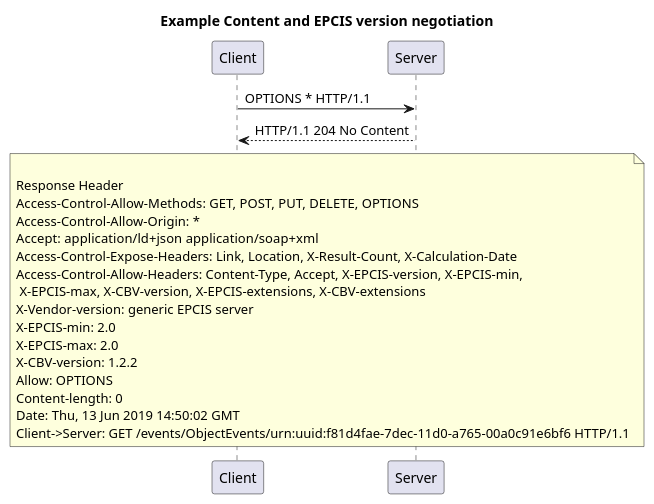
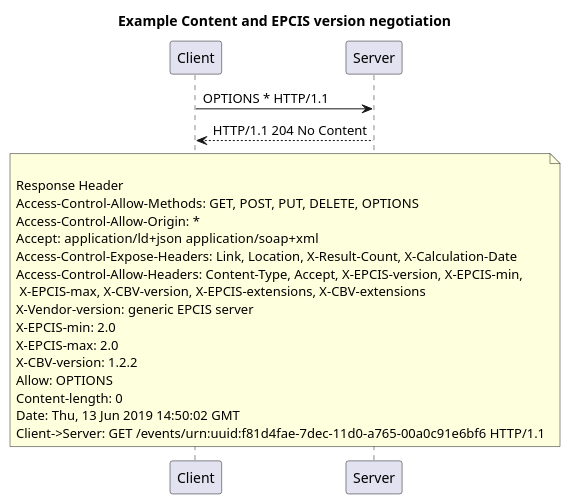
Before and after one commit to gs1/EPCIS: the diagram in REST Bindings/docs/images/web sequence diagram/capture.wsd, drawn with PlantUML.

```diff
--- a/REST Bindings/docs/images/web sequence diagram/capture.wsd
+++ b/REST Bindings/docs/images/web sequence diagram/capture.wsd
@@ -1,5 +1,5 @@
 title Example Content and EPCIS version negotiation
 
 Client->Server: OPTIONS * HTTP/1.1
 Server-->Client: HTTP/1.1 204 No Content
-note over Server, Client:\nResponse Header\nAccess-Control-Allow-Methods: GET, POST, PUT, DELETE, OPTIONS\nAccess-Control-Allow-Origin: *\nAccept: application/ld+json  application/soap+xml\nAccess-Control-Expose-Headers: Link, Location, X-Result-Count, X-Calculation-Date\nAccess-Control-Allow-Headers: Content-Type, Accept, X-EPCIS-version, X-EPCIS-min, \n X-EPCIS-max, X-CBV-version, X-EPCIS-extensions, X-CBV-extensions\nX-Vendor-version: generic EPCIS server\nX-EPCIS-min: 2.0\nX-EPCIS-max: 2.0\nX-CBV-version: 1.2.2\nAllow: OPTIONS\nContent-length: 0\nDate: Thu, 13 Jun 2019 14:50:02 GMT\nClient->Server: GET /events/ObjectEvents/urn:uuid:f81d4fae-7dec-11d0-a765-00a0c91e6bf6 HTTP/1.1
+note over Server, Client:\nResponse Header\nAccess-Control-Allow-Methods: GET, POST, PUT, DELETE, OPTIONS\nAccess-Control-Allow-Origin: *\nAccept: application/ld+json  application/soap+xml\nAccess-Control-Expose-Headers: Link, Location, X-Result-Count, X-Calculation-Date\nAccess-Control-Allow-Headers: Content-Type, Accept, X-EPCIS-version, X-EPCIS-min, \n X-EPCIS-max, X-CBV-version, X-EPCIS-extensions, X-CBV-extensions\nX-Vendor-version: generic EPCIS server\nX-EPCIS-min: 2.0\nX-EPCIS-max: 2.0\nX-CBV-version: 1.2.2\nAllow: OPTIONS\nContent-length: 0\nDate: Thu, 13 Jun 2019 14:50:02 GMT\nClient->Server: GET /events/urn:uuid:f81d4fae-7dec-11d0-a765-00a0c91e6bf6 HTTP/1.1
```
